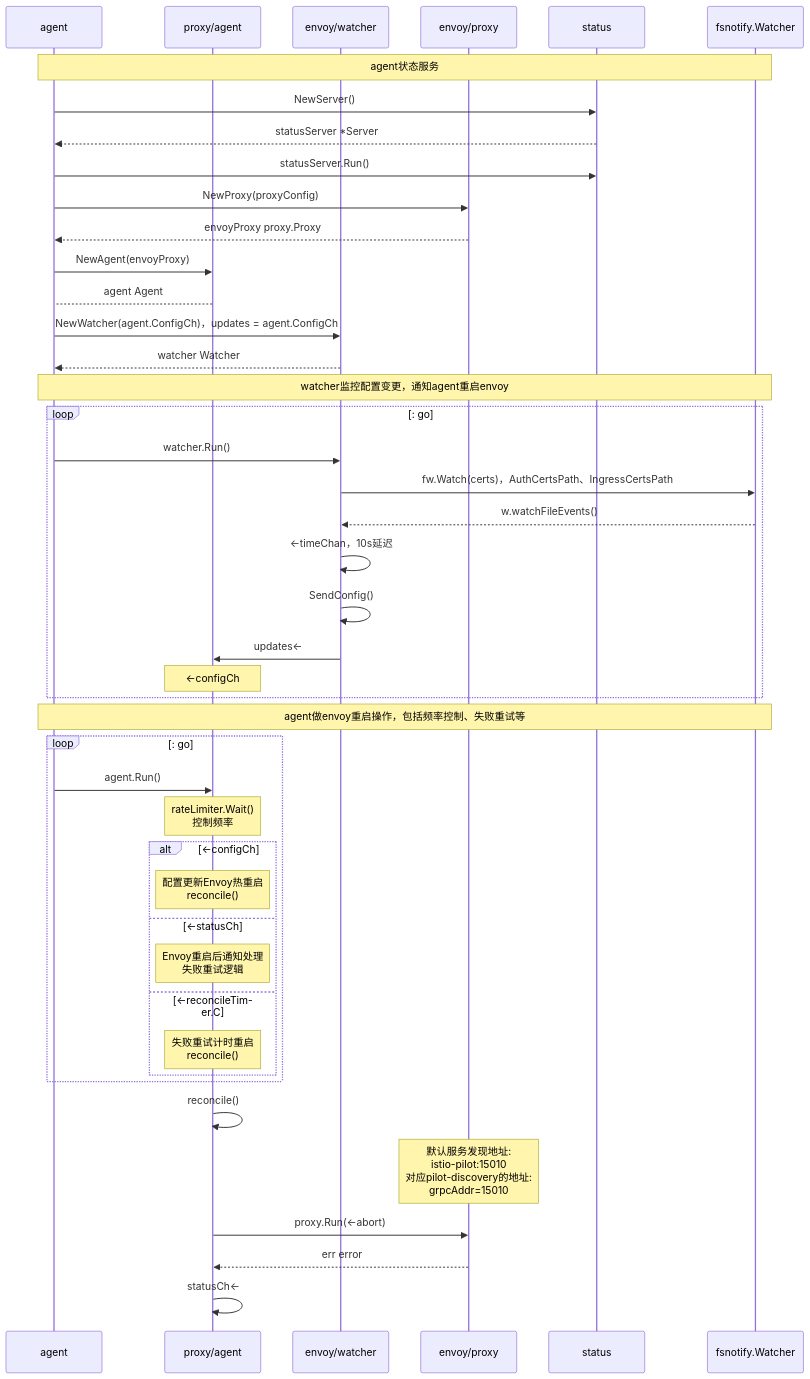
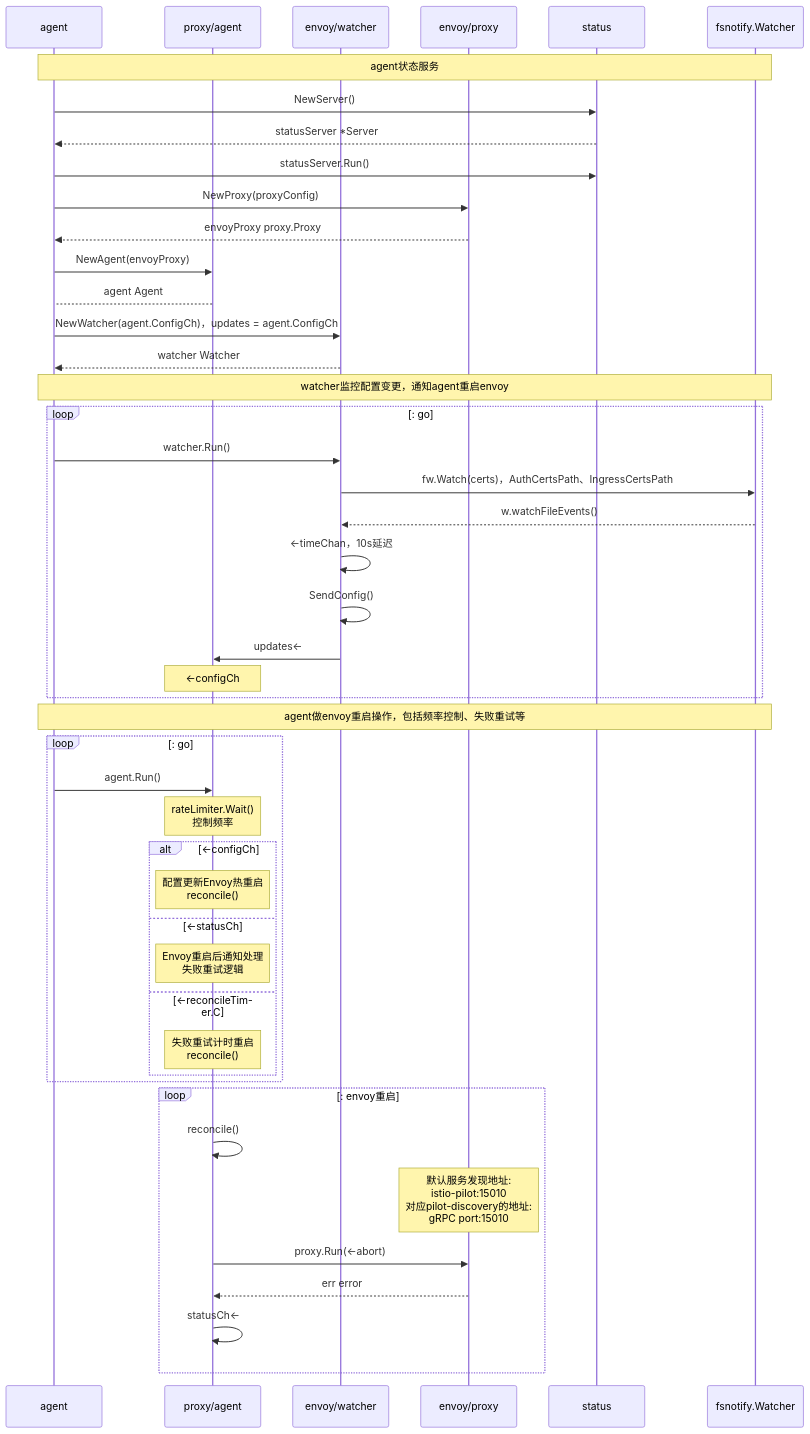
The diagram in content/post/servicemesh/2019-03-31-istio-code-pilot-agent.md (hb-chen/hbchen.com), drawn with Mermaid before and after one commit. The commit also changed other lines of this file and 4 other files, not shown here.

Commit message:
add istio code:pilot agent

````diff
--- a/content/post/servicemesh/2019-03-31-istio-code-pilot-agent.md
+++ b/content/post/servicemesh/2019-03-31-istio-code-pilot-agent.md
@@ -21,52 +21,54 @@
 ```mermaid
 sequenceDiagram
     participant a as agent
     participant pa as proxy/agent
     participant ew as envoy/watcher
     participant ep as envoy/proxy
     participant s as status
     participant fw as fsnotify.Watcher 
     
     Note over a,fw: agent状态服务
     a ->> s: NewServer()
     s -->> a: statusServer *Server
     a ->> s: statusServer.Run()
 
     a ->> ep: NewProxy(proxyConfig)
     ep -->> a: envoyProxy proxy.Proxy
     a ->> pa: NewAgent(envoyProxy)
     pa --> a: agent Agent
     a ->> ew: NewWatcher(agent.ConfigCh)，updates = agent.ConfigCh
     ew -->> a: watcher Watcher
     
     Note over a,fw: watcher监控配置变更，通知agent重启envoy
     loop: go
         a ->> ew: watcher.Run()
         ew ->> fw: fw.Watch(certs)，AuthCertsPath、IngressCertsPath
         fw -->> ew: w.watchFileEvents()
         ew ->> ew: <-timeChan，10s延迟
         ew ->> ew: SendConfig()
         ew ->> pa: updates<-
         Note over pa: <-configCh
     end    
     
     Note over a,fw: agent做envoy重启操作，包括频率控制、失败重试等
     loop : go
         a ->> pa: agent.Run()
         Note over pa: rateLimiter.Wait()<br/>控制频率
         alt <-configCh
             Note over pa: 配置更新Envoy热重启<br/>reconcile()
         else <-statusCh  
             Note over pa: Envoy重启后通知处理<br/>失败重试逻辑
         else <-reconcileTimer.C
             Note over pa: 失败重试计时重启<br/>reconcile()
         end
     end
     
-    pa ->> pa: reconcile()
-    Note over ep: 默认服务发现地址:<br/>istio-pilot:15010<br/>对应pilot-discovery的地址:<br/>grpcAddr=15010
-    pa ->> ep: proxy.Run(<-abort)
-    ep -->> pa: err error
-    pa ->> pa: statusCh<-
+    loop: envoy重启
+        pa ->> pa: reconcile()
+        Note over ep: 默认服务发现地址:<br/>istio-pilot:15010<br/>对应pilot-discovery的地址:<br/>gRPC port:15010
+        pa ->> ep: proxy.Run(<-abort)
+        ep -->> pa: err error
+        pa ->> pa: statusCh<-
+    end
     
 ```
````
